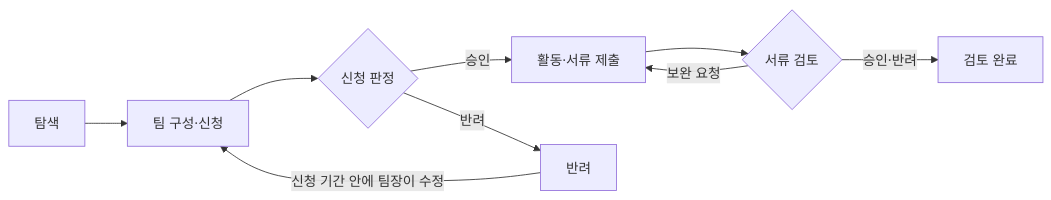
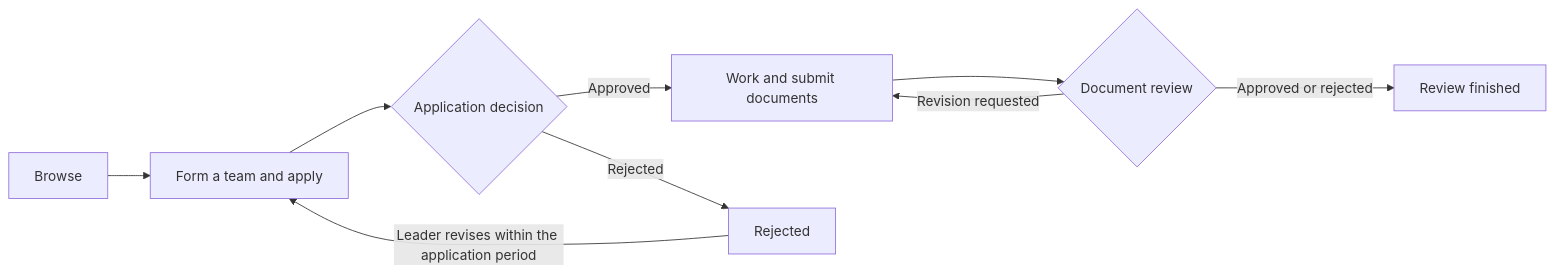
One commit to JNU-SWCU/oss-hub changed the first of 2 diagrams in README.md. Above: the diagram before and after it, drawn with Mermaid. The commit also changed other lines of this file and 65 other files, not shown here.

````diff
--- a/README.md
+++ b/README.md
@@ -83,11 +83,11 @@
 ```mermaid
 flowchart LR
-  Explore[탐색] --> Apply[팀 구성·신청]
-  Apply --> Decision{신청 판정}
-  Decision -->|승인| Work[활동·서류 제출]
-  Decision -->|반려| Rejected[반려]
-  Rejected -->|신청 기간 안에 팀장이 수정| Apply
-  Work --> Review{서류 검토}
-  Review -->|보완 요청| Work
-  Review -->|승인·반려| Done[검토 완료]
+  Explore[Browse] --> Apply[Form a team and apply]
+  Apply --> Decision{Application decision}
+  Decision -->|Approved| Work[Work and submit documents]
+  Decision -->|Rejected| Rejected[Rejected]
+  Rejected -->|Leader revises within the application period| Apply
+  Work --> Review{Document review}
+  Review -->|Revision requested| Work
+  Review -->|Approved or rejected| Done[Review finished]
 ```
````
